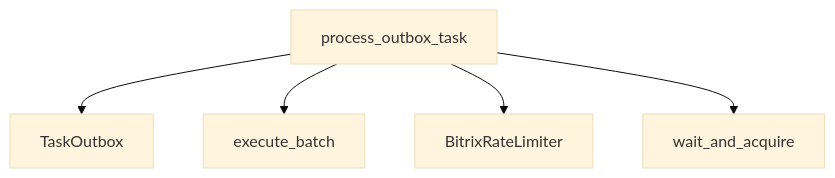
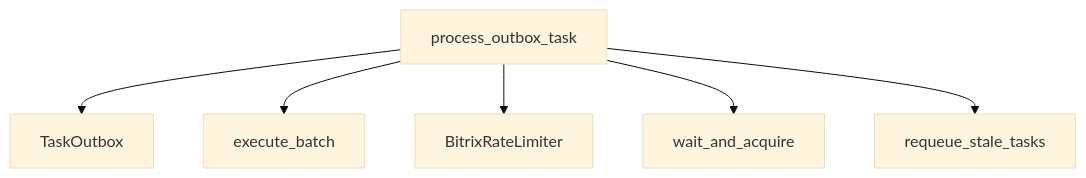
Before and after one commit to managervsop-blip/fastapi_project: the diagram in .codegraph/nodes/worker_tasks_py_process_outbox_task.md, drawn with Mermaid (base theme). The commit also changed other lines of this file and 58 other files, not shown here.

````diff
--- a/.codegraph/nodes/worker_tasks_py_process_outbox_task.md
+++ b/.codegraph/nodes/worker_tasks_py_process_outbox_task.md
@@ -30,7 +31,8 @@
 ```mermaid
 flowchart TD
   worker_tasks_py__process_outbox_task["process_outbox_task"] --> app_models_outbox_py__TaskOutbox["TaskOutbox"]
   worker_tasks_py__process_outbox_task["process_outbox_task"] --> core_bitrix_batch_py__execute_batch["execute_batch"]
   worker_tasks_py__process_outbox_task["process_outbox_task"] --> core_rate_limiter_py__BitrixRateLimiter["BitrixRateLimiter"]
   worker_tasks_py__process_outbox_task["process_outbox_task"] --> core_rate_limiter_py__BitrixRateLimiter_wait_and_acquire["wait_and_acquire"]
+  worker_tasks_py__process_outbox_task["process_outbox_task"] --> worker_tasks_py__requeue_stale_tasks["requeue_stale_tasks"]
 ```
````
